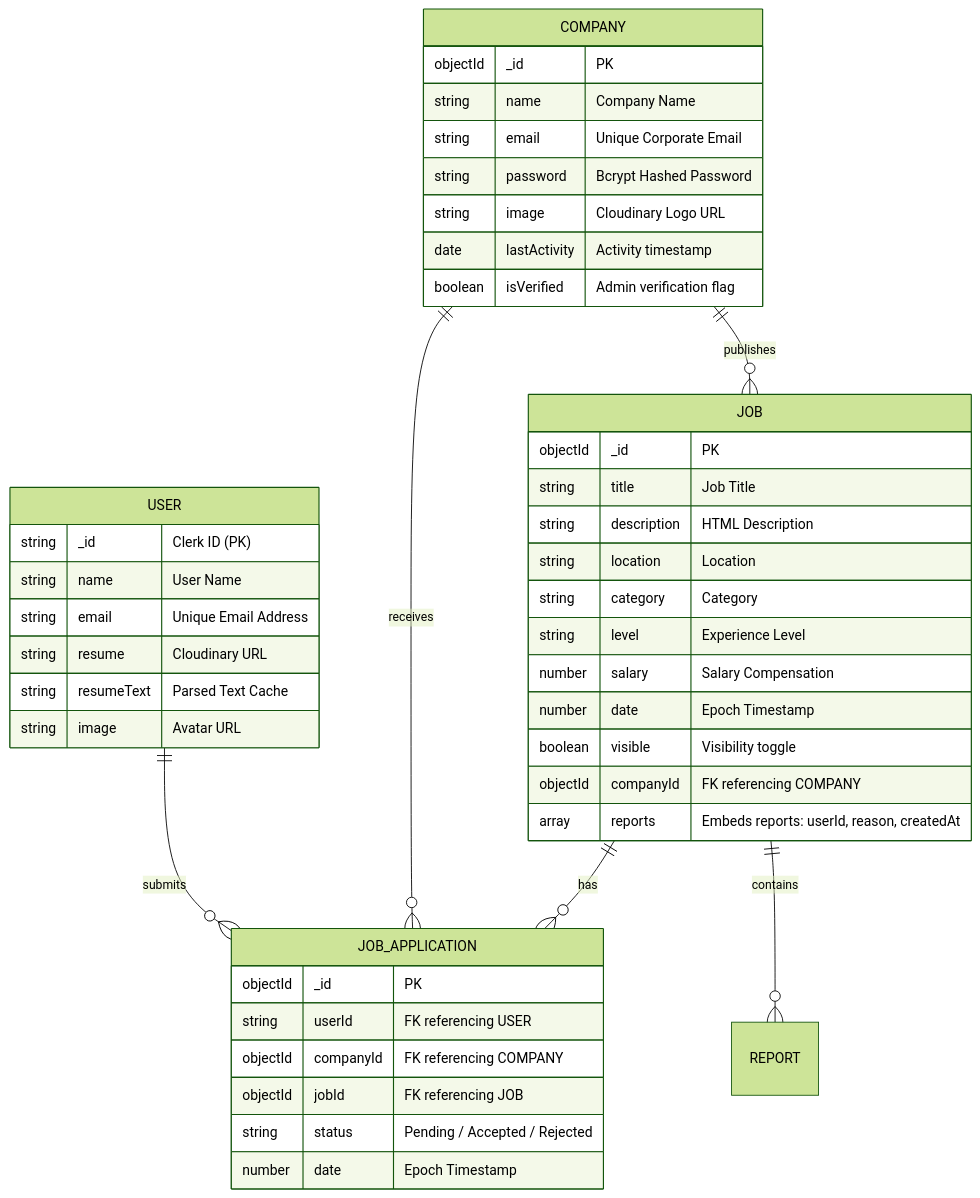
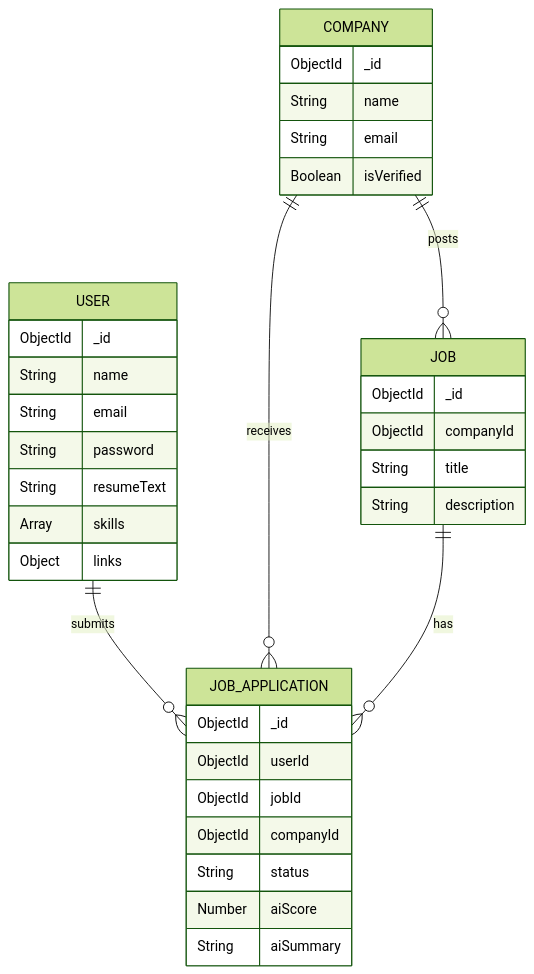
The third of 3 diagrams in README.md (SarthakDudhe/InsiderJobs), drawn with Mermaid (forest theme) before and after one commit. The commit also changed other lines of this file, not shown here.

````diff
--- a/README.md
+++ b/README.md
@@ -197,50 +156,38 @@
 ```mermaid
 erDiagram
     USER ||--o{ JOB_APPLICATION : submits
-    COMPANY ||--o{ JOB : publishes
+    COMPANY ||--o{ JOB : posts
     COMPANY ||--o{ JOB_APPLICATION : receives
     JOB ||--o{ JOB_APPLICATION : has
-    JOB ||--o{ REPORT : contains
 
     USER {
-        string _id "Clerk ID (PK)"
-        string name "User Name"
-        string email "Unique Email Address"
-        string resume "Cloudinary URL"
-        string resumeText "Parsed Text Cache"
-        string image "Avatar URL"
+        ObjectId _id
+        String name
+        String email
+        String password
+        String resumeText
+        Array skills
+        Object links
     }
-
     COMPANY {
-        objectId _id "PK"
-        string name "Company Name"
-        string email "Unique Corporate Email"
-        string password "Bcrypt Hashed Password"
-        string image "Cloudinary Logo URL"
-        date lastActivity "Activity timestamp"
-        boolean isVerified "Admin verification flag"
+        ObjectId _id
+        String name
+        String email
+        Boolean isVerified
     }
-
     JOB {
-        objectId _id "PK"
-        string title "Job Title"
-        string description "HTML Description"
-        string location "Location"
-        string category "Category"
-        string level "Experience Level"
-        number salary "Salary Compensation"
-        number date "Epoch Timestamp"
-        boolean visible "Visibility toggle"
-        objectId companyId "FK referencing COMPANY"
-        array reports "Embeds reports: userId, reason, createdAt"
+        ObjectId _id
+        ObjectId companyId
+        String title
+        String description
     }
-
     JOB_APPLICATION {
-        objectId _id "PK"
-        string userId "FK referencing USER"
-        objectId companyId "FK referencing COMPANY"
-        objectId jobId "FK referencing JOB"
-        string status "Pending / Accepted / Rejected"
-        number date "Epoch Timestamp"
+        ObjectId _id
+        ObjectId userId
+        ObjectId jobId
+        ObjectId companyId
+        String status
+        Number aiScore
+        String aiSummary
     }
 ```
````
